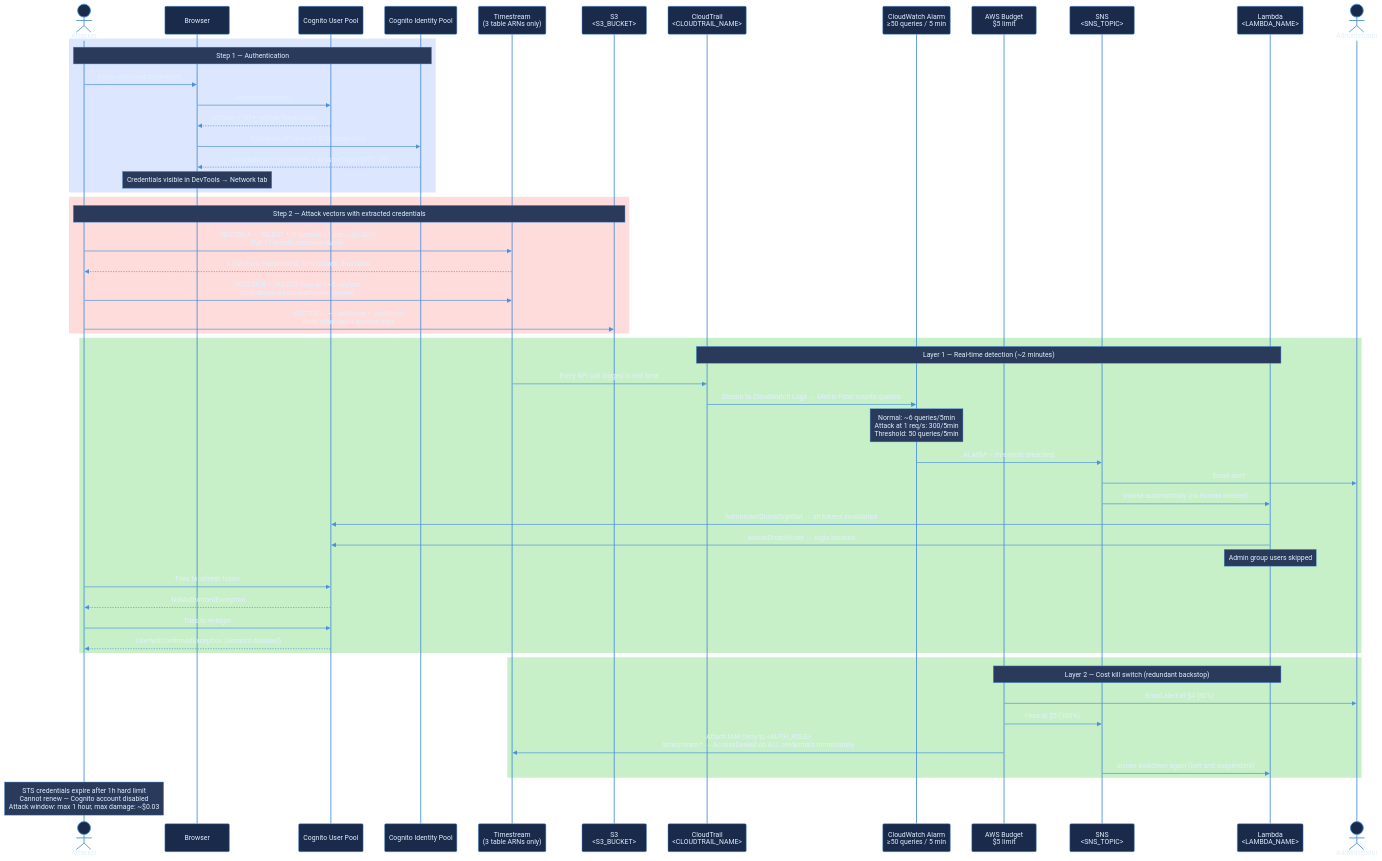
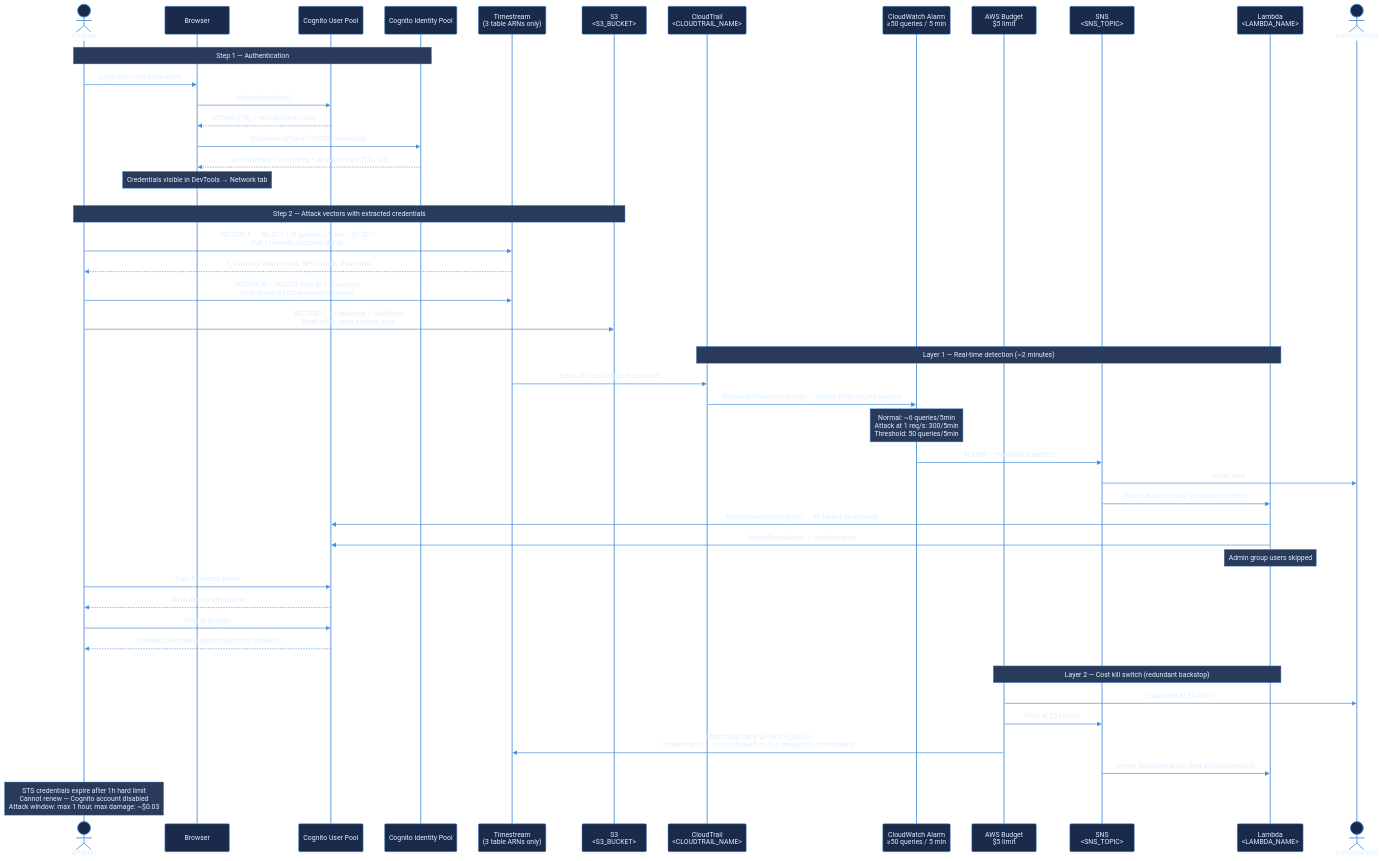
Before and after one commit to igoralves1/sm-dashboard-client: the diagram in README.md, drawn with Mermaid.

Commit message:
docs: remove rect fill colors from security diagram — borders only

```diff
--- a/README.md
+++ b/README.md
@@ -430,7 +430,7 @@
     participant Lambda as Lambda<br/><LAMBDA_NAME>
     actor Administrator
 
-    rect rgb(220, 230, 255)
+    rect rgb(255, 255, 255)
         Note over Attacker,IdentityPool: Step 1 — Authentication
         Attacker->>Browser: Login with valid credentials
         Browser->>CognitoPool: authenticateUser()
@@ -440,7 +440,7 @@
         Note over Browser: Credentials visible in DevTools → Network tab
     end
 
-    rect rgb(255, 220, 220)
+    rect rgb(255, 255, 255)
         Note over Attacker,S3: Step 2 — Attack vectors with extracted credentials
         Attacker->>Timestream: VECTOR A — SELECT * (3 queries, <1 sec, ~$0.001)<br/>Full 11-month database dump
         Timestream-->>Attacker: 1.1M rows: water levels, GPS coords, flow rates
@@ -448,7 +448,7 @@
         Attacker->>S3: VECTOR C — ListBucket + GetObject<br/>Read other users session logs
     end
 
-    rect rgb(200, 240, 200)
+    rect rgb(255, 255, 255)
         Note over CloudTrail,Lambda: Layer 1 — Real-time detection (~2 minutes)
         Timestream->>CloudTrail: Every API call logged in real time
         CloudTrail->>CWAlarm: Stream to CloudWatch Logs → Metric Filter counts queries
@@ -465,7 +465,7 @@
         CognitoPool-->>Attacker: UserNotConfirmedException (account disabled)
     end
 
-    rect rgb(200, 240, 200)
+    rect rgb(255, 255, 255)
         Note over Budget,Lambda: Layer 2 — Cost kill switch (redundant backstop)
         Budget->>Administrator: Email alert at $4 (80%)
         Budget->>SNS: Fires at $5 (100%)
```
